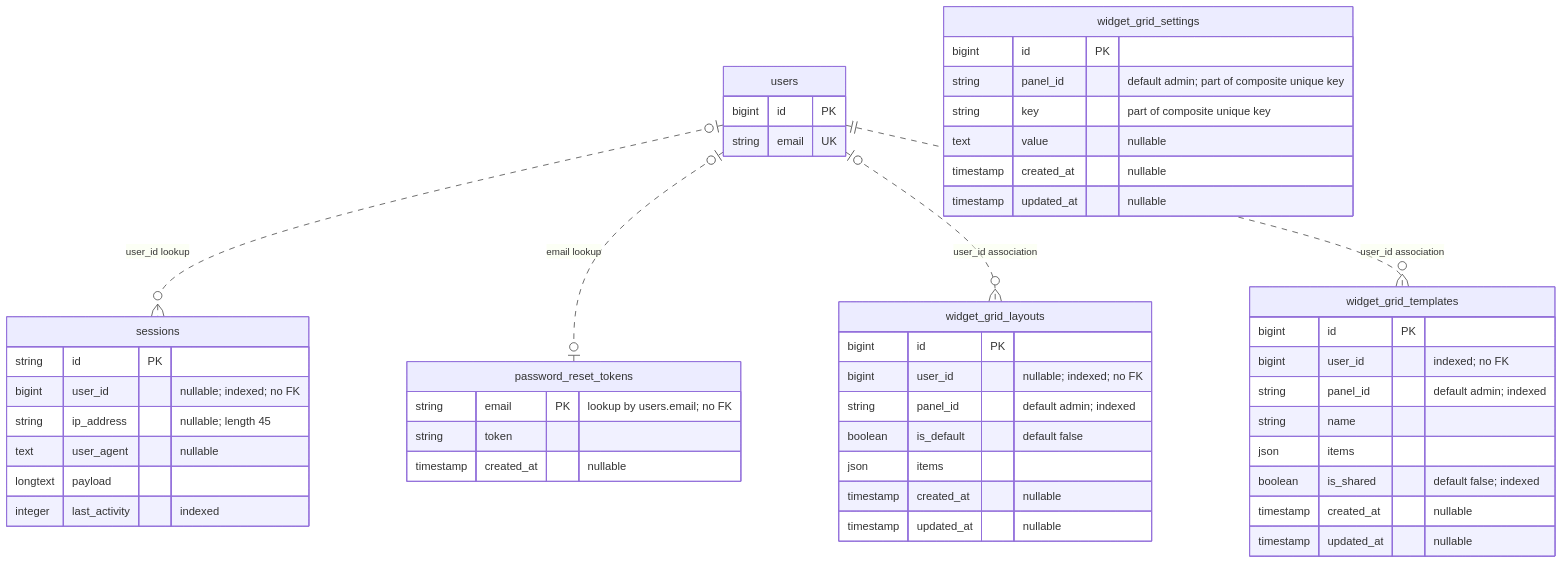
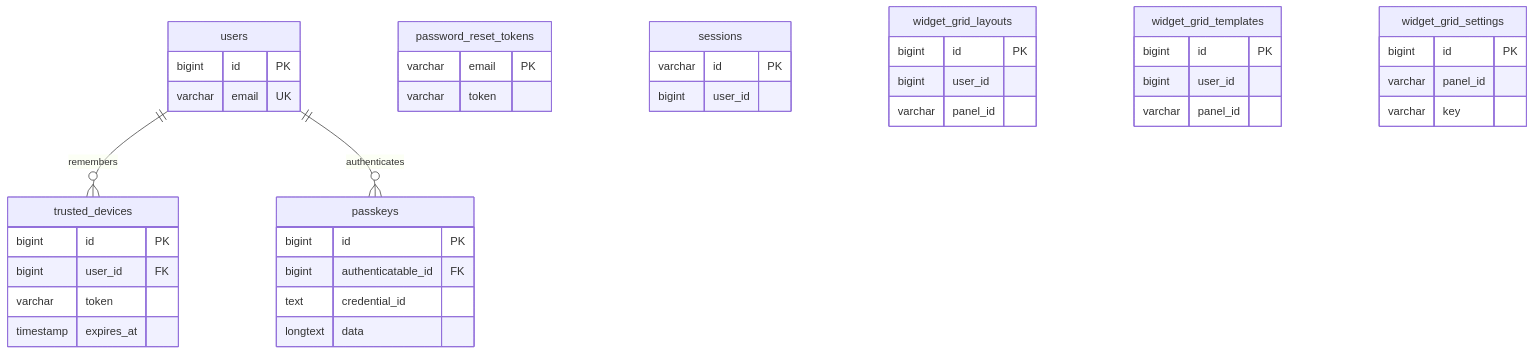
The second of 2 diagrams in entity-relationship-diagram.md (zrlldy/alumni-tracer), drawn with Mermaid before and after one commit. The commit also changed other lines of this file and 4 other files, not shown here.

````diff
--- a/entity-relationship-diagram.md
+++ b/entity-relationship-diagram.md
@@ -192,57 +97,45 @@
-```mermaid
+~~~mermaid
 erDiagram
-    users |o..o{ sessions : "user_id lookup"
-    users |o..o| password_reset_tokens : "email lookup"
-    users |o..o{ widget_grid_layouts : "user_id association"
-    users ||..o{ widget_grid_templates : "user_id association"
+    users ||--o{ trusted_devices : remembers
+    users ||--o{ passkeys : authenticates
 
     users {
         bigint id PK
-        string email UK
+        varchar email UK
     }
-
+    trusted_devices {
+        bigint id PK
+        bigint user_id FK
+        varchar token
+        timestamp expires_at
+    }
+    passkeys {
+        bigint id PK
+        bigint authenticatable_id FK
+        text credential_id
+        longtext data
+    }
+    password_reset_tokens {
+        varchar email PK
+        varchar token
+    }
     sessions {
-        string id PK
-        bigint user_id "nullable; indexed; no FK"
-        string ip_address "nullable; length 45"
-        text user_agent "nullable"
-        longtext payload
-        integer last_activity "indexed"
+        varchar id PK
+        bigint user_id
     }
-
-    password_reset_tokens {
-        string email PK "lookup by users.email; no FK"
-        string token
-        timestamp created_at "nullable"
-    }
-
     widget_grid_layouts {
         bigint id PK
-        bigint user_id "nullable; indexed; no FK"
-        string panel_id "default admin; indexed"
-        boolean is_default "default false"
-        json items
-        timestamp created_at "nullable"
-        timestamp updated_at "nullable"
+        bigint user_id
+        varchar panel_id
     }
-
     widget_grid_templates {
         bigint id PK
-        bigint user_id "indexed; no FK"
-        string panel_id "default admin; indexed"
-        string name
-        json items
-        boolean is_shared "default false; indexed"
-        timestamp created_at "nullable"
-        timestamp updated_at "nullable"
+        bigint user_id
+        varchar panel_id
     }
-
     widget_grid_settings {
         bigint id PK
-        string panel_id "default admin; part of composite unique key"
-        string key "part of composite unique key"
-        text value "nullable"
-        timestamp created_at "nullable"
-        timestamp updated_at "nullable"
+        varchar panel_id
+        varchar key
     }
-```
+~~~
````
